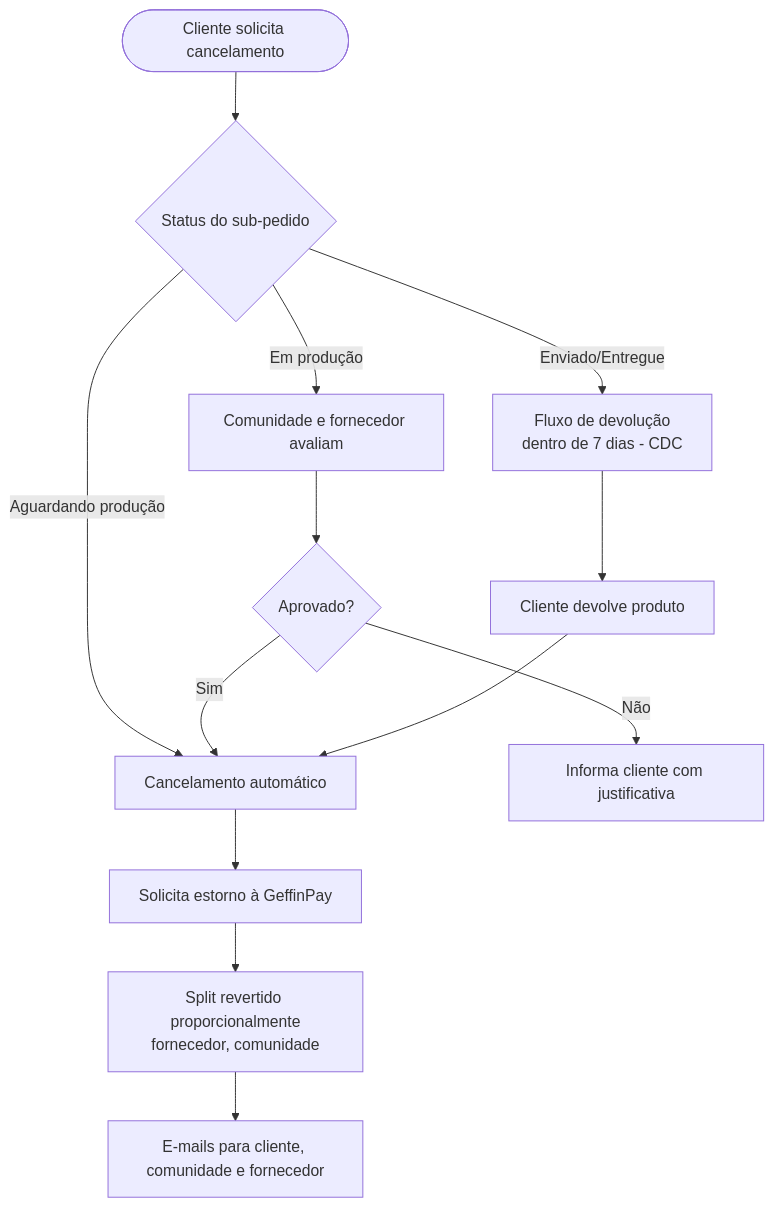
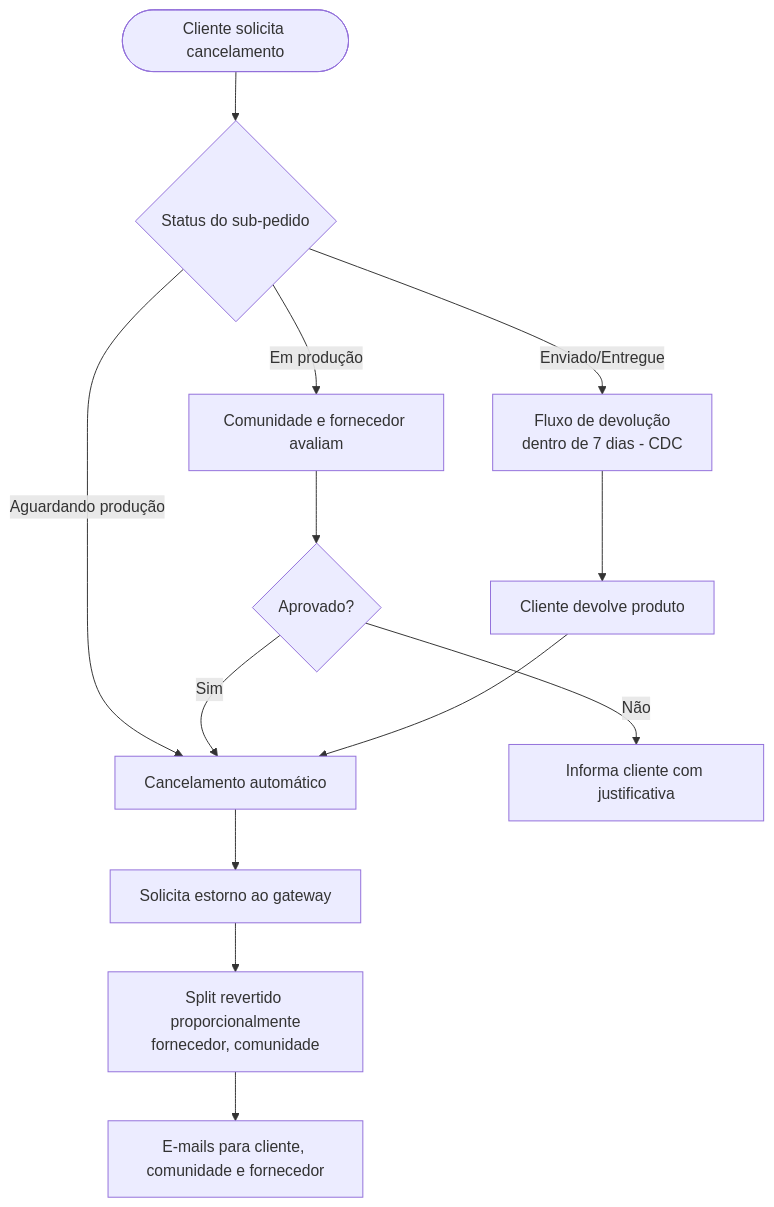
One commit to BdsOliveira/loja-tech-brasil changed diagram 11 of 29 in modelo-de-negocios.md. Above: the diagram before and after it, drawn with Mermaid. The commit also changed other lines of this file, not shown here.

Commit message:
docs: substitui marca do gateway de pagamento por termo genérico

````diff
--- a/modelo-de-negocios.md
+++ b/modelo-de-negocios.md
@@ -538,15 +538,15 @@
 ```mermaid
 flowchart TD
     A([Cliente solicita cancelamento]) --> B{Status do sub-pedido}
     B -- Aguardando produção --> C[Cancelamento automático]
     B -- Em produção --> D[Comunidade e fornecedor avaliam]
     B -- Enviado/Entregue --> E[Fluxo de devolução<br/>dentro de 7 dias - CDC]
     D --> F{Aprovado?}
     F -- Sim --> C
     F -- Não --> G[Informa cliente com justificativa]
     E --> H[Cliente devolve produto]
     H --> C
-    C --> I[Solicita estorno à GeffinPay]
+    C --> I[Solicita estorno ao gateway]
     I --> J[Split revertido proporcionalmente<br/>fornecedor, comunidade]
     J --> K[E-mails para cliente, comunidade e fornecedor]
 ```
````
